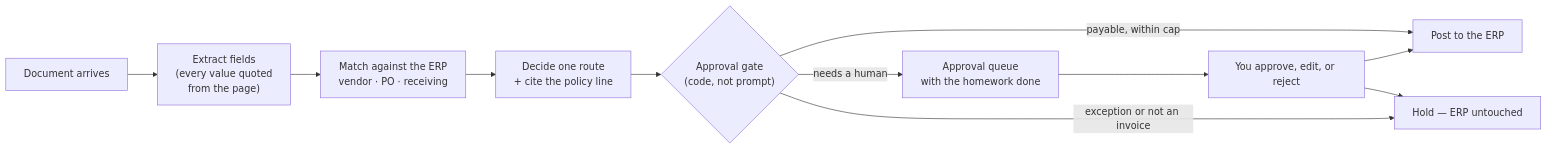
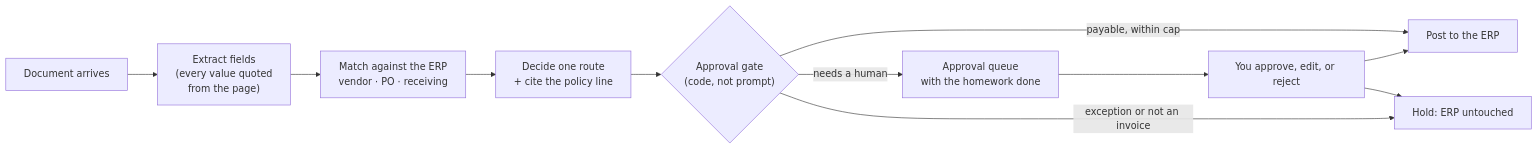
The first of 3 diagrams in docs/engagement/03-architecture.md (lotus-innovations/novagait-backoffice), drawn with Mermaid before and after one commit. The commit also changed other lines of this file and 8 other files, not shown here.

````diff
--- a/docs/engagement/03-architecture.md
+++ b/docs/engagement/03-architecture.md
@@ -44,13 +44,13 @@
 ```mermaid
 flowchart LR
   IN["Document arrives"] --> EX["Extract fields<br/>(every value quoted<br/>from the page)"]
   EX --> MA["Match against the ERP<br/>vendor · PO · receiving"]
   MA --> DE["Decide one route<br/>+ cite the policy line"]
   DE --> GA{"Approval gate<br/>(code, not prompt)"}
   GA -->|"payable, within cap"| PAY["Post to the ERP"]
   GA -->|"needs a human"| Q["Approval queue<br/>with the homework done"]
-  GA -->|"exception or not an invoice"| H["Hold — ERP untouched"]
+  GA -->|"exception or not an invoice"| H["Hold: ERP untouched"]
   Q --> HU["You approve, edit, or reject"]
   HU --> PAY
   HU --> H
 ```
````
